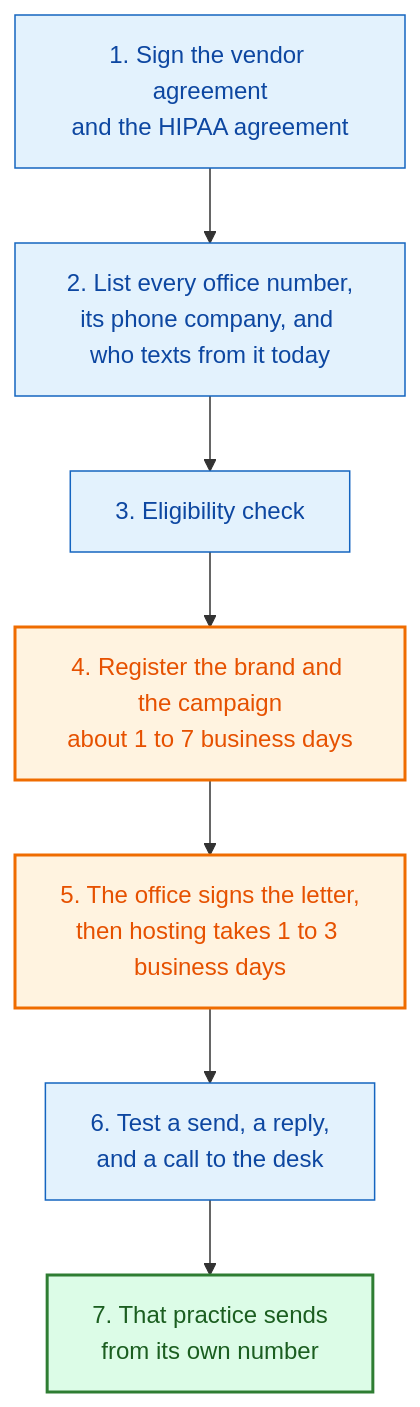
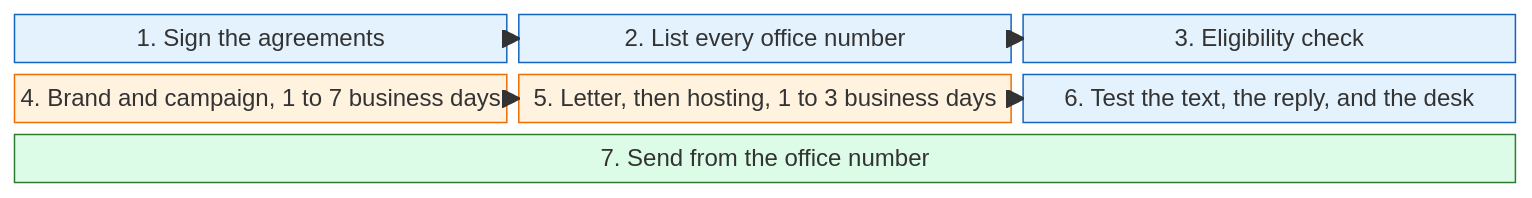
Before and after one commit to daava-hq/shared-docs: the fourth of 5 diagrams in docs/office-number-texting-report.md, drawn with Mermaid. The commit also changed other lines of this file, not shown here.

First line of the commit message:
Widen the texting report diagrams

````diff
--- a/docs/office-number-texting-report.md
+++ b/docs/office-number-texting-report.md
@@ -188,17 +193,22 @@
 ```mermaid
-flowchart TD
-  A["1. Sign the vendor agreement<br/>and the HIPAA agreement"] --> B["2. List every office number,<br/>its phone company, and who texts from it today"]
-  B --> C["3. Eligibility check"]
-  C --> D["4. Register the brand and the campaign<br/>about 1 to 7 business days"]
-  D --> E["5. The office signs the letter,<br/>then hosting takes 1 to 3 business days"]
-  E --> F["6. Test a send, a reply,<br/>and a call to the desk"]
-  F --> G["7. That practice sends<br/>from its own number"]
-
-  classDef actionNode fill:#e3f2fd,stroke:#1565c0,color:#0d47a1
-  classDef waitNode fill:#fff3e0,stroke:#ef6c00,stroke-width:2px,color:#e65100
-  classDef cleanNode fill:#dcfce7,stroke:#2e7d32,stroke-width:2px,color:#1b5e20
-
-  class A,B,C,F actionNode
-  class D,E waitNode
-  class G cleanNode
+block-beta
+  columns 3
+  A["1. Sign the agreements"]
+  B["2. List every office number"]
+  C["3. Eligibility check"]
+  D["4. Brand and campaign, 1 to 7 business days"]
+  E["5. Letter, then hosting, 1 to 3 business days"]
+  F["6. Test the text, the reply, and the desk"]
+  G["7. Send from the office number"]:3
+  A --> B
+  B --> C
+  D --> E
+  E --> F
+  style A fill:#e3f2fd,stroke:#1565c0,color:#0d47a1
+  style B fill:#e3f2fd,stroke:#1565c0,color:#0d47a1
+  style C fill:#e3f2fd,stroke:#1565c0,color:#0d47a1
+  style F fill:#e3f2fd,stroke:#1565c0,color:#0d47a1
+  style D fill:#fff3e0,stroke:#ef6c00,color:#e65100
+  style E fill:#fff3e0,stroke:#ef6c00,color:#e65100
+  style G fill:#dcfce7,stroke:#2e7d32,color:#1b5e20
 ```
````
